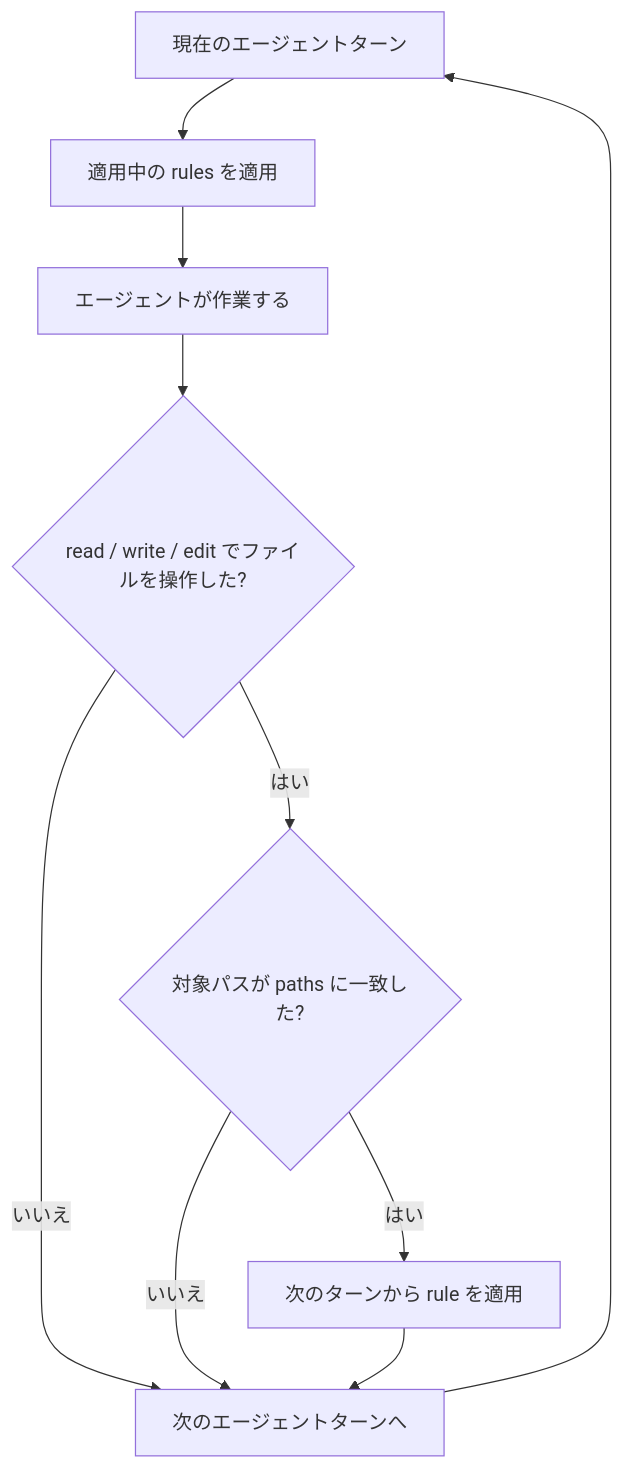
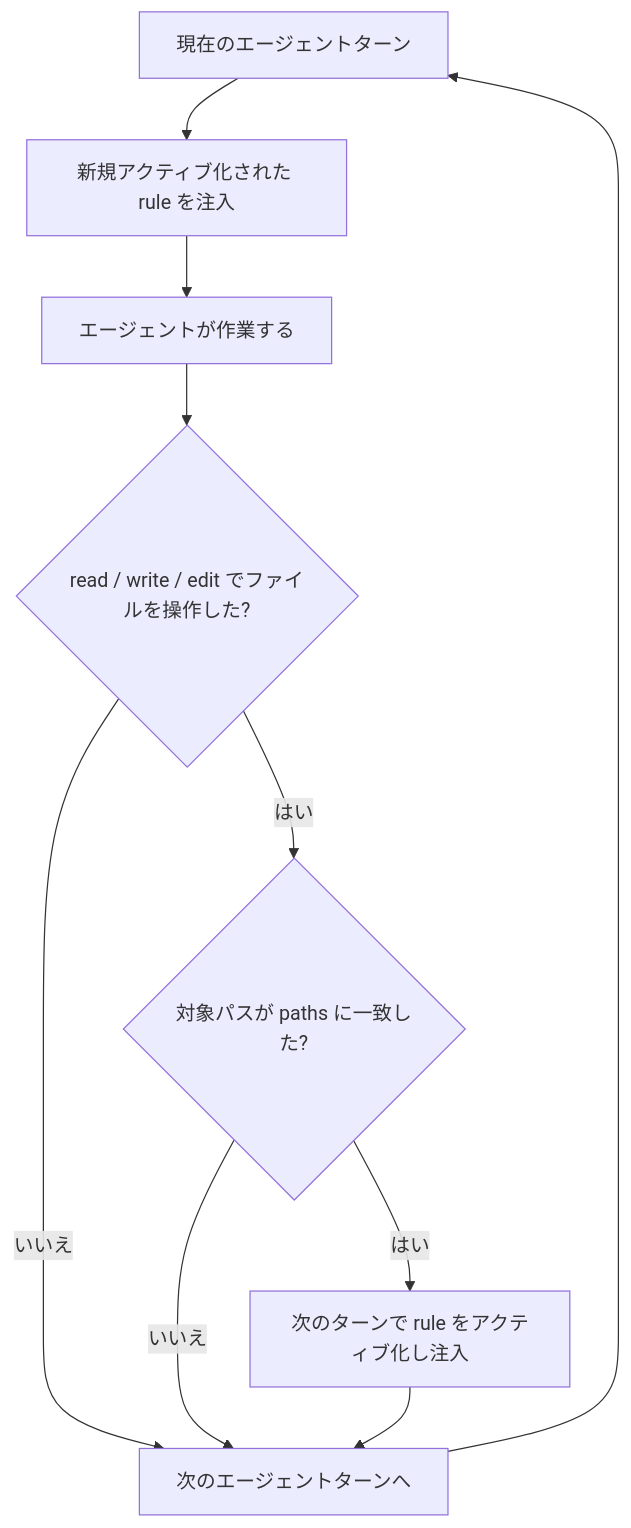
One commit to CatBraaain/dotfiles changed the diagram in dotfiles/.pi/agent/extensions.exact/dynamic-contexts/SPEC.md. Above: the diagram before and after it, drawn with Mermaid. The commit also changed other lines of this file and 2 other files, not shown here.

Commit message:
refactor(dynamic-contexts): inject rules as one-time message instead of system prompt

````diff
--- a/dotfiles/.pi/agent/extensions.exact/dynamic-contexts/SPEC.md
+++ b/dotfiles/.pi/agent/extensions.exact/dynamic-contexts/SPEC.md
@@ -84,12 +87,12 @@
 ```mermaid
 flowchart TD
-    A[現在のエージェントターン] --> B[適用中の rules を適用]
+    A[現在のエージェントターン] --> B[新規アクティブ化された rule を注入]
     B --> C[エージェントが作業する]
     C --> D{read / write / edit でファイルを操作した?}
     D -- いいえ --> E[次のエージェントターンへ]
     D -- はい --> F{対象パスが paths に一致した?}
     F -- いいえ --> E
-    F -- はい --> G[次のターンから rule を適用]
+    F -- はい --> G[次のターンで rule をアクティブ化し注入]
     G --> E
     E --> A
 ```
````
